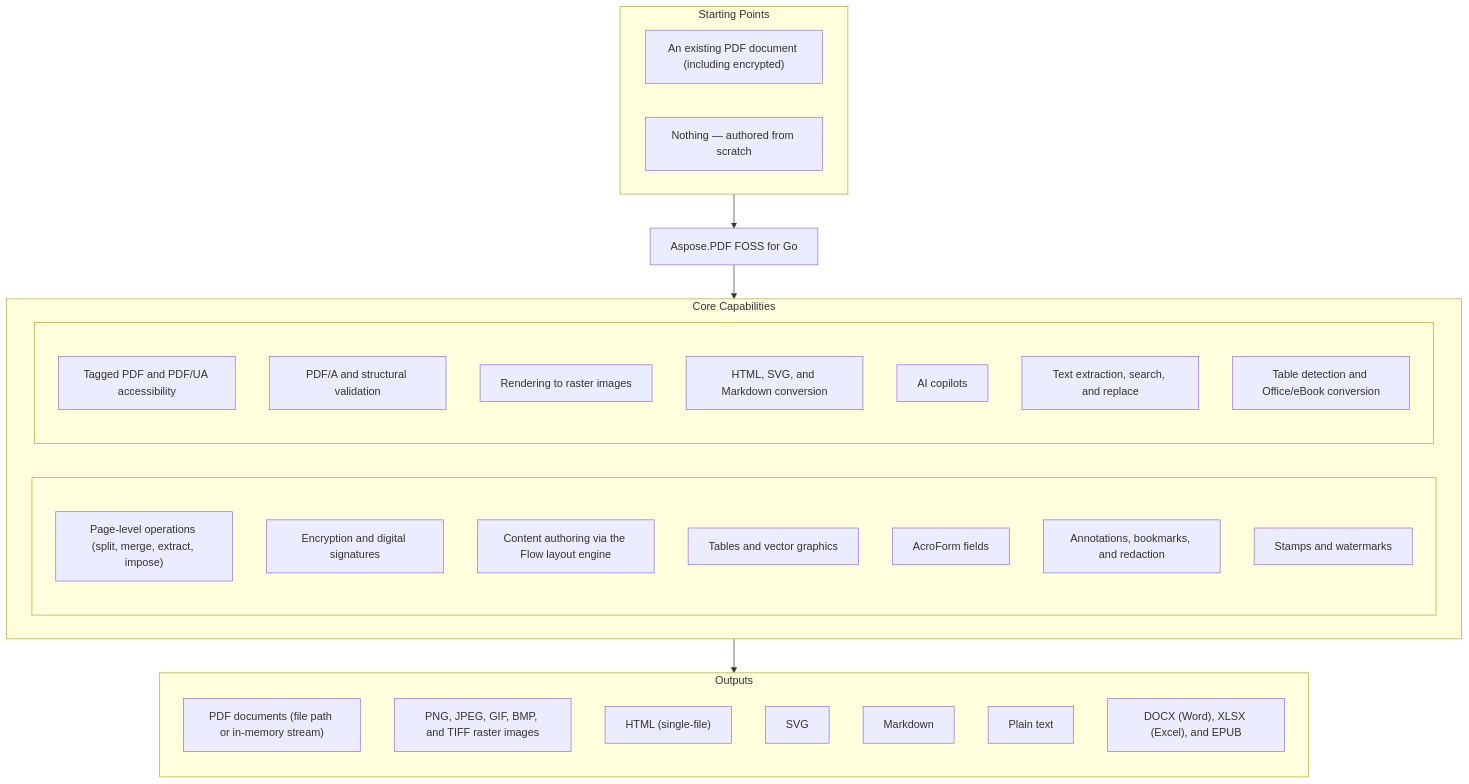
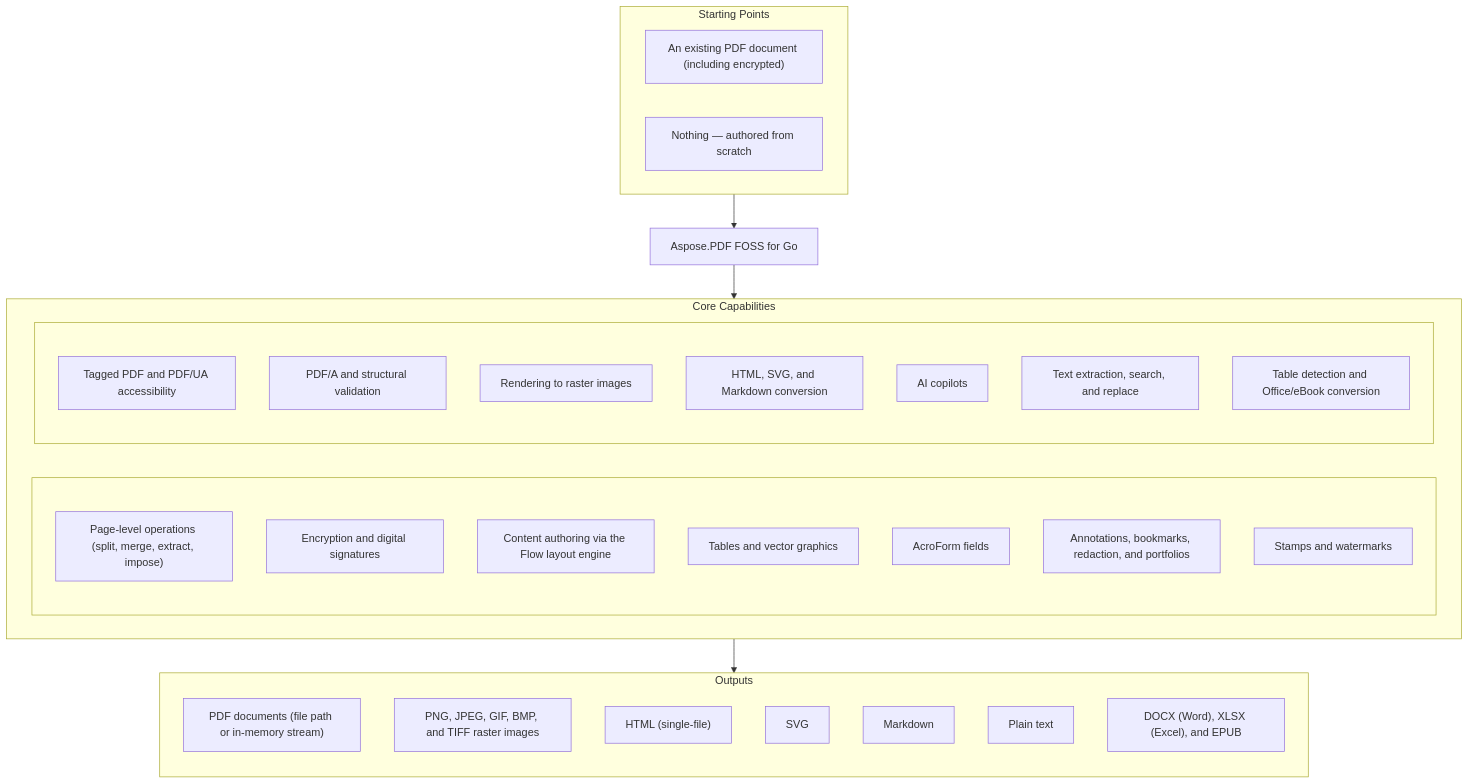
One commit to aspose-pdf-foss/aspose-pdf-foss-for-go changed the diagram in README.md. Above: the diagram before and after it, drawn with Mermaid. The commit also changed other lines of this file and 4 other files, not shown here.

````diff
--- a/README.md
+++ b/README.md
@@ -39,43 +39,43 @@
 ```mermaid
 flowchart TD
   subgraph StartingPoints["Starting Points"]
     direction LR
     i1["An existing PDF document (including encrypted)"]
     i2["Nothing — authored from scratch"]
   end
   PRODUCT["Aspose.PDF FOSS for Go"]
   subgraph Capabilities["Core Capabilities"]
     direction LR
     subgraph capl[" "]
       direction TB
       c1["Page-level operations (split, merge, extract, impose)"]
       c2["Encryption and digital signatures"]
       c3["Content authoring via the Flow layout engine"]
       c4["Tables and vector graphics"]
       c5["AcroForm fields"]
-      c6["Annotations, bookmarks, and redaction"]
+      c6["Annotations, bookmarks, redaction, and portfolios"]
       c7["Stamps and watermarks"]
     end
     subgraph capr[" "]
       direction TB
       c8["Tagged PDF and PDF/UA accessibility"]
       c9["PDF/A and structural validation"]
       c10["Rendering to raster images"]
       c11["HTML, SVG, and Markdown conversion"]
       c12["AI copilots"]
       c13["Text extraction, search, and replace"]
       c14["Table detection and Office/eBook conversion"]
     end
   end
   subgraph Outputs["Outputs"]
     direction TB
     o1["PDF documents (file path or in-memory stream)"]
     o2["PNG, JPEG, GIF, BMP, and TIFF raster images"]
     o3["HTML (single-file)"]
     o4["SVG"]
     o5["Markdown"]
     o6["Plain text"]
     o7["DOCX (Word), XLSX (Excel), and EPUB"]
   end
   StartingPoints --> PRODUCT --> Capabilities --> Outputs
 ```
````
